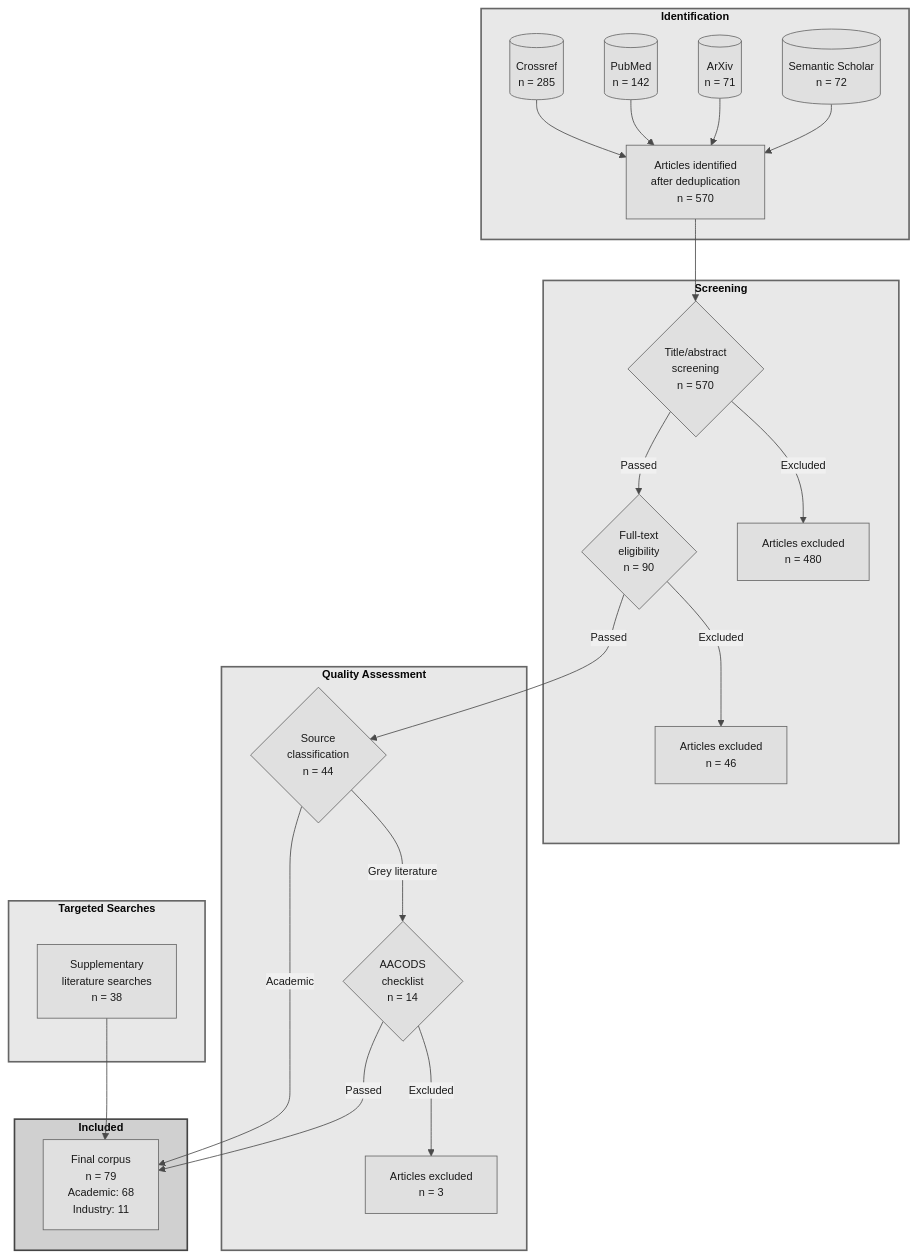
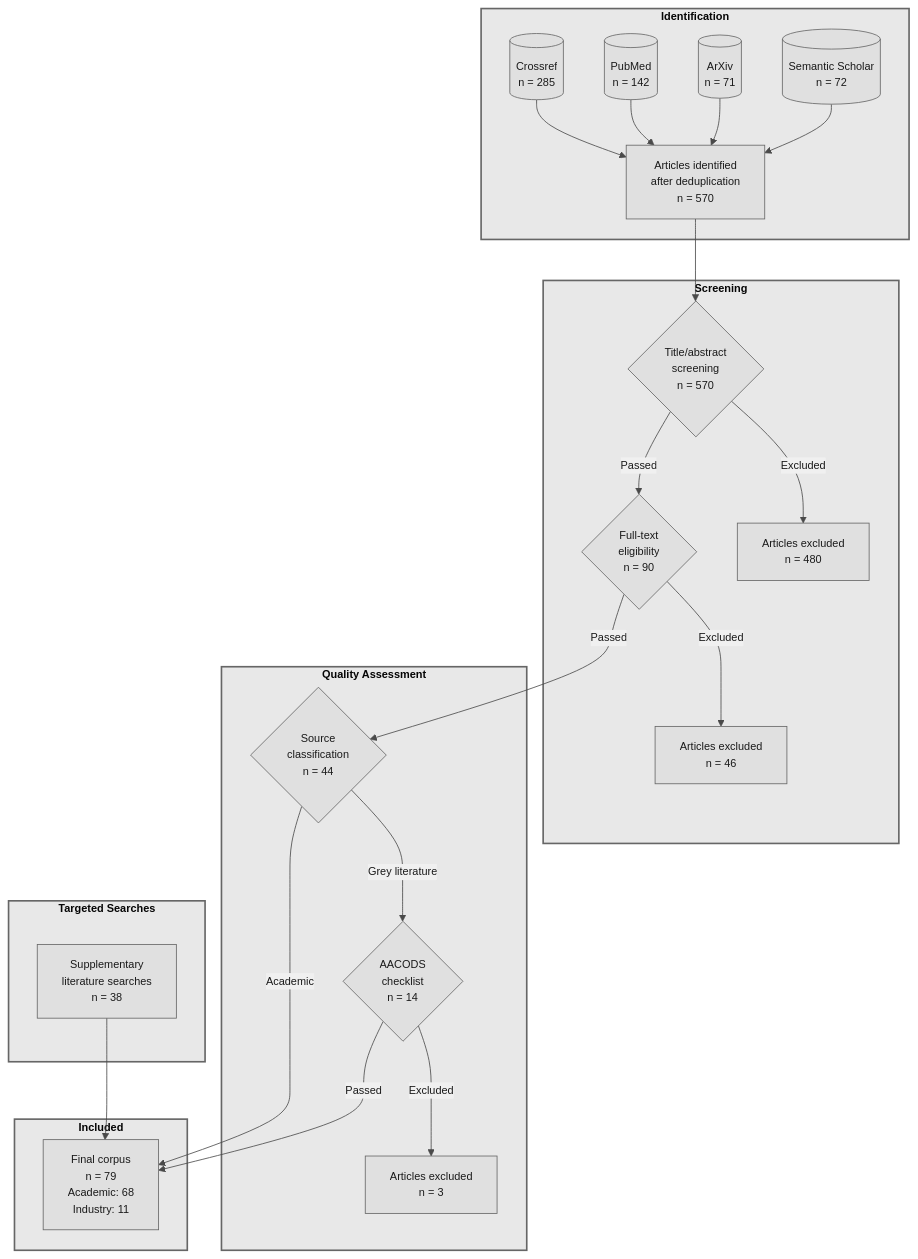
Before and after one commit to stharrold/yuimedi-paper-20250901: the diagram in figures/literature-flow.mmd, drawn with Mermaid. The commit also changed 4 other files, not shown here.

```diff
--- a/figures/literature-flow.mmd
+++ b/figures/literature-flow.mmd
@@ -1,44 +1,44 @@
 %%{init: {'theme': 'base', 'flowchart': {'useMaxWidth': false, 'markdownAutoWrap': false}, 'themeVariables': { 'primaryColor': '#e0e0e0', 'primaryTextColor': '#1a1a1a', 'primaryBorderColor': '#666', 'lineColor': '#4a4a4a', 'secondaryColor': '#f0f0f0', 'tertiaryColor': '#fafafa', 'fontFamily': 'Arial, sans-serif', 'fontSize': '10pt'}}}%%
 flowchart TD
     %% PRISMA 2020 Flow Diagram for Literature Selection
     %% Aligned with lit_review academic-literature-review workflow
     %% Total: 570 identified + 38 targeted → 79 included
     %% Note: Generate PNG via mermaid.live for proper font rendering
 
     subgraph ID["<b>Identification</b>"]
         A1[("Crossref<br/>n = 285")] --> A
         A2[("PubMed<br/>n = 142")] --> A
         A3[("ArXiv<br/>n = 71")] --> A
         A4[("Semantic Scholar<br/>n = 72")] --> A
         A["Articles identified<br/>after deduplication<br/>n = 570"]
     end
 
     subgraph SC["<b>Screening</b>"]
         A --> D{"Title/abstract<br/>screening<br/>n = 570"}
         D -->|"Excluded"| E["Articles excluded<br/>n = 480"]
         D -->|"Passed"| H{"Full-text<br/>eligibility<br/>n = 90"}
         H -->|"Excluded"| I["Articles excluded<br/>n = 46"]
     end
 
     subgraph QA["<b>Quality Assessment</b>"]
         H -->|"Passed"| J{"Source<br/>classification<br/>n = 44"}
         J -->|"Grey literature"| L{"AACODS<br/>checklist<br/>n = 14"}
         L -->|"Excluded"| N["Articles excluded<br/>n = 3"]
     end
 
     subgraph TS["<b>Targeted Searches</b>"]
         T1["Supplementary<br/>literature searches<br/>n = 38"]
     end
 
     subgraph IN["<b>Included</b>"]
         J -->|"Academic"| O["Final corpus<br/>n = 79<br/>Academic: 68<br/>Industry: 11"]
         L -->|"Passed"| O
         T1 --> O
     end
 
     %% Styling - Grayscale
     style ID fill:#e8e8e8,stroke:#666,stroke-width:2px
     style SC fill:#e8e8e8,stroke:#666,stroke-width:2px
     style QA fill:#e8e8e8,stroke:#666,stroke-width:2px
     style TS fill:#e8e8e8,stroke:#666,stroke-width:2px
-    style IN fill:#d0d0d0,stroke:#444,stroke-width:2px
+    style IN fill:#e8e8e8,stroke:#666,stroke-width:2px
```
